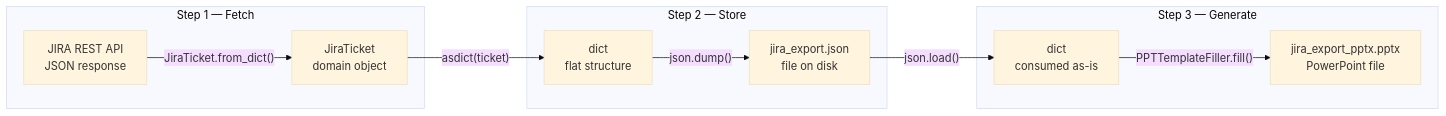
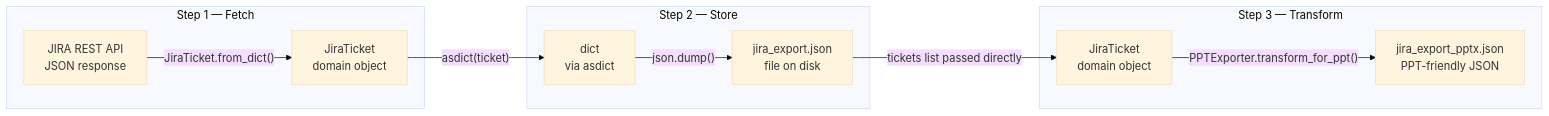
The third of 3 diagrams in design/detailed design.md (baochen-rw/JIRA-exporter), drawn with Mermaid (base theme) before and after one commit. The commit also changed other lines of this file and 1 other file, not shown here.

Commit message:
[2026-06-26 22:15] update design docs to reflect PPTExporter.transform_for_ppt replacing PPTTemplateFiller

````diff
--- a/design/detailed design.md
+++ b/design/detailed design.md
@@ -163,23 +147,23 @@
 ```mermaid
 graph LR
     subgraph "Step 1 — Fetch"
         A[JIRA REST API<br/>JSON response]
         B[JiraTicket<br/>domain object]
     end
 
     subgraph "Step 2 — Store"
-        C[dict<br/>flat structure]
+        C[dict<br/>via asdict]
         D[jira_export.json<br/>file on disk]
     end
 
-    subgraph "Step 3 — Generate"
-        E[dict<br/>consumed as-is]
-        F[jira_export_pptx.pptx<br/>PowerPoint file]
+    subgraph "Step 3 — Transform"
+        E[JiraTicket<br/>domain object]
+        F[jira_export_pptx.json<br/>PPT-friendly JSON]
     end
 
     A -->|"JiraTicket.from_dict()"| B
     B -->|"asdict(ticket)"| C
     C -->|"json.dump()"| D
-    D -->|"json.load()"| E
-    E -->|"PPTTemplateFiller.fill()"| F
+    D -->|"tickets list passed directly"| E
+    E -->|"PPTExporter.transform_for_ppt()"| F
 ```
````
